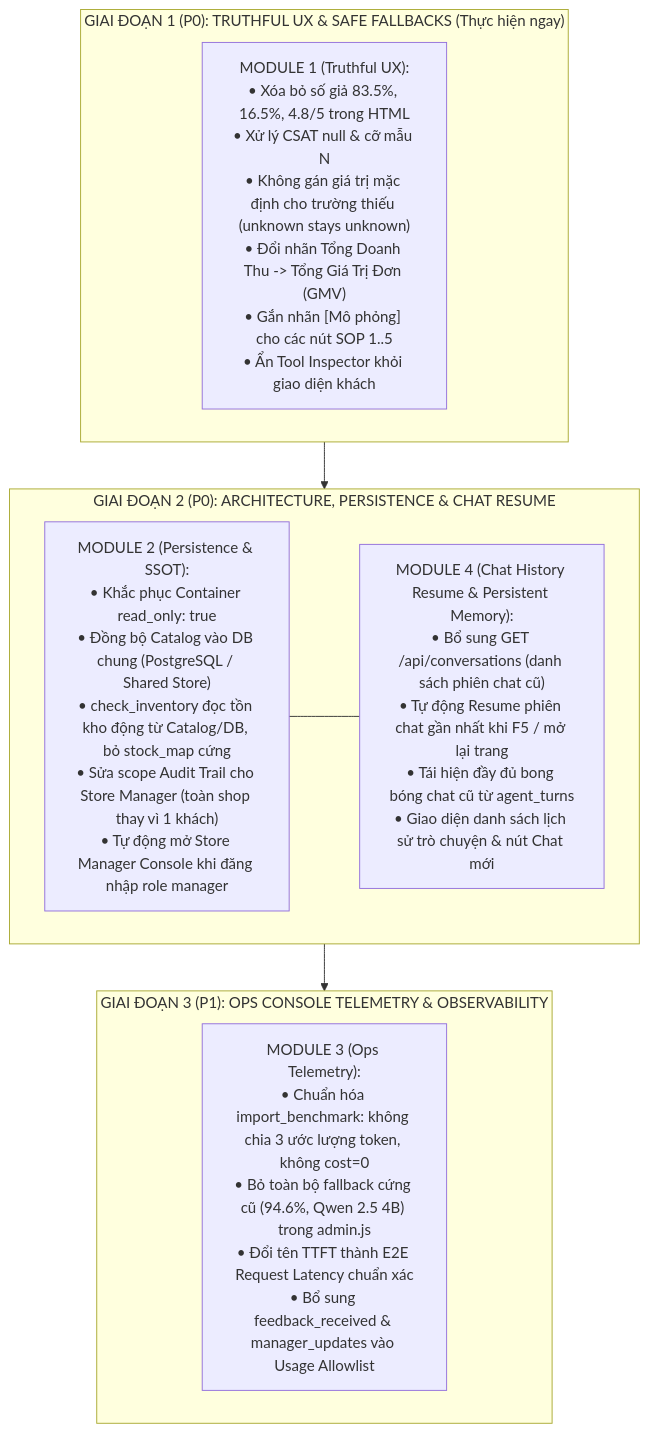
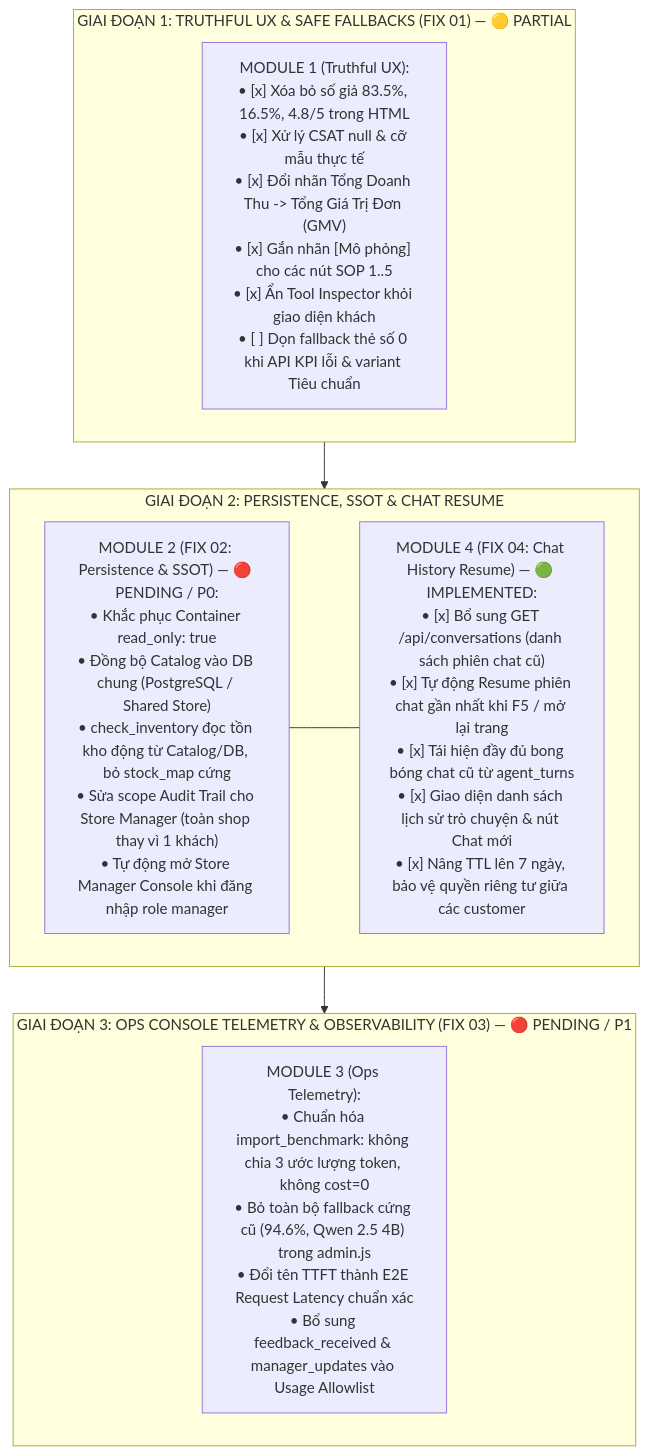
One commit to tuteemovaixlong/CSKH_ban_le changed the diagram in docs/PLAN_ADMIN_REMEDIATION_MASTER.md. Above: the diagram before and after it, drawn with Mermaid. The commit also changed other lines of this file and 22 other files, not shown here.

Commit message:
docs: synchronize roadmap, fix plans, and project status with codebase [skip ci]

````diff
--- a/docs/PLAN_ADMIN_REMEDIATION_MASTER.md
+++ b/docs/PLAN_ADMIN_REMEDIATION_MASTER.md
@@ -10,19 +14,19 @@
 ```mermaid
 flowchart TD
-    subgraph PHASE_1["GIAI ĐOẠN 1 (P0): TRUTHFUL UX & SAFE FALLBACKS (Thực hiện ngay)"]
-        M1["MODULE 1 (Truthful UX):<br/>• Xóa bỏ số giả 83.5%, 16.5%, 4.8/5 trong HTML<br/>• Xử lý CSAT null & cỡ mẫu N<br/>• Không gán giá trị mặc định cho trường thiếu (unknown stays unknown)<br/>• Đổi nhãn Tổng Doanh Thu -> Tổng Giá Trị Đơn (GMV)<br/>• Gắn nhãn [Mô phỏng] cho các nút SOP 1..5<br/>• Ẩn Tool Inspector khỏi giao diện khách"]
+    subgraph PHASE_1["GIAI ĐOẠN 1: TRUTHFUL UX & SAFE FALLBACKS (FIX 01) — 🟡 PARTIAL"]
+        M1["MODULE 1 (Truthful UX):<br/>• [x] Xóa bỏ số giả 83.5%, 16.5%, 4.8/5 trong HTML<br/>• [x] Xử lý CSAT null & cỡ mẫu thực tế<br/>• [x] Đổi nhãn Tổng Doanh Thu -> Tổng Giá Trị Đơn (GMV)<br/>• [x] Gắn nhãn [Mô phỏng] cho các nút SOP 1..5<br/>• [x] Ẩn Tool Inspector khỏi giao diện khách<br/>• [ ] Dọn fallback thẻ số 0 khi API KPI lỗi & variant Tiêu chuẩn"]
     end
 
-    subgraph PHASE_2["GIAI ĐOẠN 2 (P0): ARCHITECTURE, PERSISTENCE & CHAT RESUME"]
-        M2["MODULE 2 (Persistence & SSOT):<br/>• Khắc phục Container read_only: true<br/>• Đồng bộ Catalog vào DB chung (PostgreSQL / Shared Store)<br/>• check_inventory đọc tồn kho động từ Catalog/DB, bỏ stock_map cứng<br/>• Sửa scope Audit Trail cho Store Manager (toàn shop thay vì 1 khách)<br/>• Tự động mở Store Manager Console khi đăng nhập role manager"]
-        M4["MODULE 4 (Chat History Resume & Persistent Memory):<br/>• Bổ sung GET /api/conversations (danh sách phiên chat cũ)<br/>• Tự động Resume phiên chat gần nhất khi F5 / mở lại trang<br/>• Tái hiện đầy đủ bong bóng chat cũ từ agent_turns<br/>• Giao diện danh sách lịch sử trò chuyện & nút Chat mới"]
+    subgraph PHASE_2["GIAI ĐOẠN 2: PERSISTENCE, SSOT & CHAT RESUME"]
+        M2["MODULE 2 (FIX 02: Persistence & SSOT) — 🔴 PENDING / P0:<br/>• Khắc phục Container read_only: true<br/>• Đồng bộ Catalog vào DB chung (PostgreSQL / Shared Store)<br/>• check_inventory đọc tồn kho động từ Catalog/DB, bỏ stock_map cứng<br/>• Sửa scope Audit Trail cho Store Manager (toàn shop thay vì 1 khách)<br/>• Tự động mở Store Manager Console khi đăng nhập role manager"]
+        M4["MODULE 4 (FIX 04: Chat History Resume) — 🟢 IMPLEMENTED:<br/>• [x] Bổ sung GET /api/conversations (danh sách phiên chat cũ)<br/>• [x] Tự động Resume phiên chat gần nhất khi F5 / mở lại trang<br/>• [x] Tái hiện đầy đủ bong bóng chat cũ từ agent_turns<br/>• [x] Giao diện danh sách lịch sử trò chuyện & nút Chat mới<br/>• [x] Nâng TTL lên 7 ngày, bảo vệ quyền riêng tư giữa các customer"]
         M2 --- M4
     end
 
-    subgraph PHASE_3["GIAI ĐOẠN 3 (P1): OPS CONSOLE TELEMETRY & OBSERVABILITY"]
+    subgraph PHASE_3["GIAI ĐOẠN 3: OPS CONSOLE TELEMETRY & OBSERVABILITY (FIX 03) — 🔴 PENDING / P1"]
         M3["MODULE 3 (Ops Telemetry):<br/>• Chuẩn hóa import_benchmark: không chia 3 ước lượng token, không cost=0<br/>• Bỏ toàn bộ fallback cứng cũ (94.6%, Qwen 2.5 4B) trong admin.js<br/>• Đổi tên TTFT thành E2E Request Latency chuẩn xác<br/>• Bổ sung feedback_received & manager_updates vào Usage Allowlist"]
     end
 
     PHASE_1 --> PHASE_2
     PHASE_2 --> PHASE_3
 ```
````
